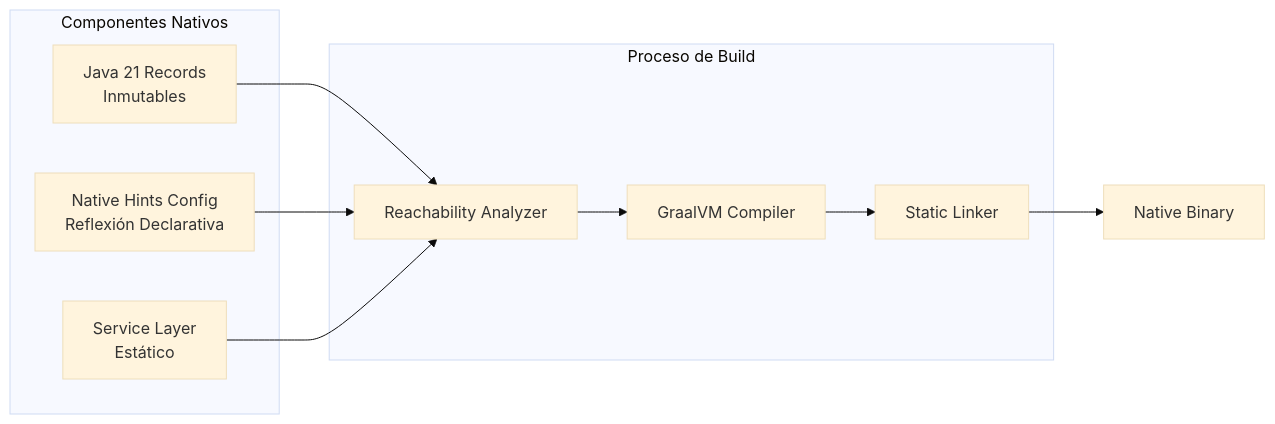
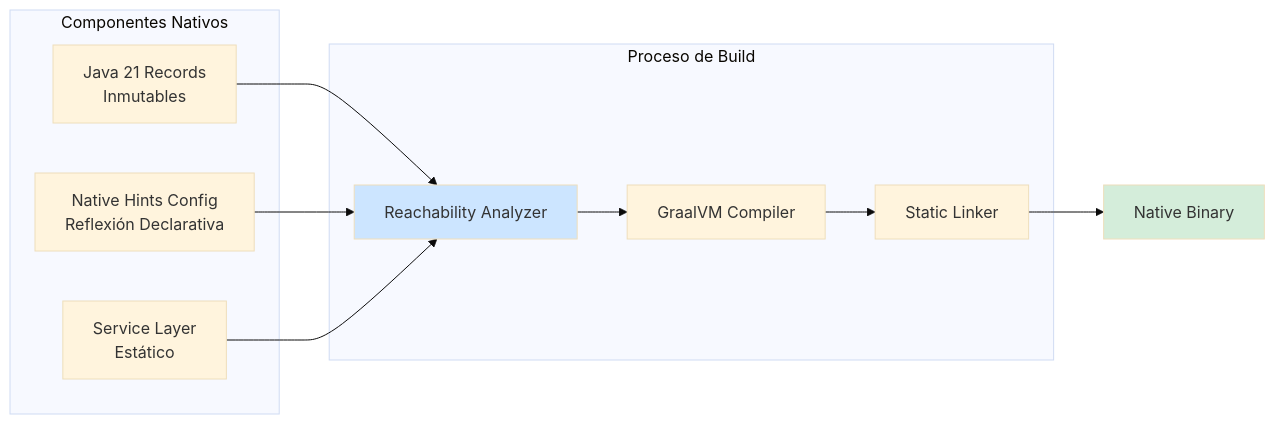
One commit to Joaquinriosheredia/DAM-Java-Mastery changed the second of 3 diagrams in 10_Vanguardia/graalvm_native_image_compilacion_aot_java_21_STAFF.md. Above: the diagram before and after it, drawn with Mermaid (base theme). The commit also changed other lines of this file, not shown here.

Commit message:
graalvm_native_image_compilacion_aot_java_21_STAFF.md

````diff
--- a/10_Vanguardia/graalvm_native_image_compilacion_aot_java_21_STAFF.md
+++ b/10_Vanguardia/graalvm_native_image_compilacion_aot_java_21_STAFF.md
@@ -105,21 +148,24 @@
 ```mermaid
 graph LR
     subgraph "Componentes Nativos"
-        REC[Java 21 Records<br>Inmutables]
-        HINTS[Native Hints Config<br>Reflexión Declarativa]
-        SVC[Service Layer<br>Estático]
+        REC[Java 21 Records<br/>Inmutables]
+        HINTS[Native Hints Config<br/>Reflexión Declarativa]
+        SVC[Service Layer<br/>Estático]
     end
     
     subgraph "Proceso de Build"
         COMPILER[GraalVM Compiler]
         ANALYZER[Reachability Analyzer]
         LINKER[Static Linker]
     end
     
     REC --> ANALYZER
     HINTS --> ANALYZER
     SVC --> ANALYZER
     ANALYZER --> COMPILER
     COMPILER --> LINKER
     LINKER --> BIN[Native Binary]
+    
+    style BIN fill:#d4edda
+    style ANALYZER fill:#cce5ff
 ```
````
